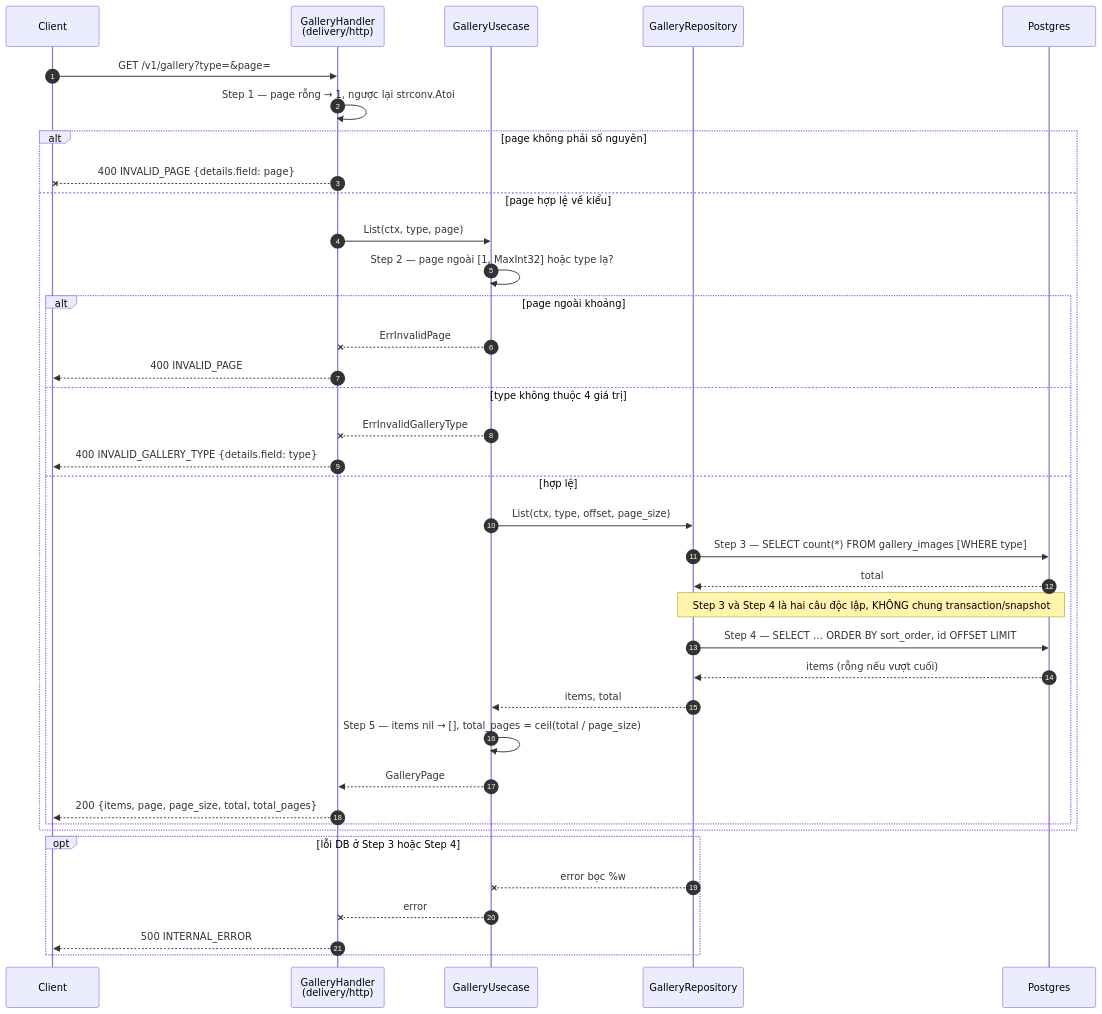
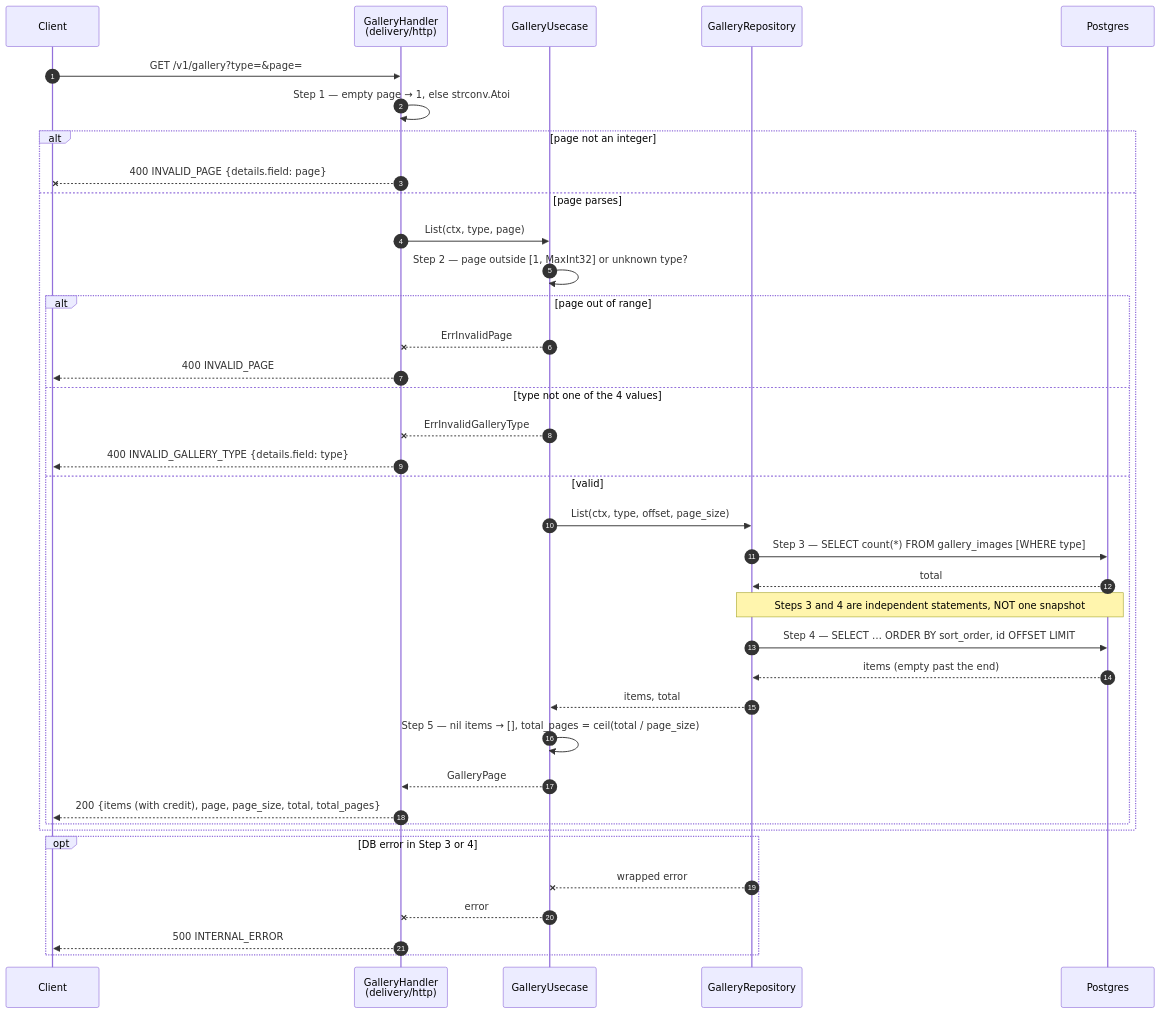
One commit to chjpcojit/innerlamp-be changed the second of 3 diagrams in docs/specs/features/gallery/flow.md. Above: the diagram before and after it, drawn with Mermaid. The commit also changed other lines of this file and 5 other files, not shown here.

````diff
--- a/docs/specs/features/gallery/flow.md
+++ b/docs/specs/features/gallery/flow.md
@@ -14,41 +43,41 @@
 ```mermaid
 sequenceDiagram
     autonumber
     participant C as Client
     participant H as GalleryHandler<br/>(delivery/http)
     participant U as GalleryUsecase
     participant R as GalleryRepository
     participant DB as Postgres
 
     C->>H: GET /v1/gallery?type=&page=
-    H->>H: Step 1 — page rỗng → 1, ngược lại strconv.Atoi
-    alt page không phải số nguyên
+    H->>H: Step 1 — empty page → 1, else strconv.Atoi
+    alt page not an integer
         H--xC: 400 INVALID_PAGE {details.field: page}
-    else page hợp lệ về kiểu
+    else page parses
         H->>U: List(ctx, type, page)
-        U->>U: Step 2 — page ngoài [1, MaxInt32] hoặc type lạ?
-        alt page ngoài khoảng
+        U->>U: Step 2 — page outside [1, MaxInt32] or unknown type?
+        alt page out of range
             U--xH: ErrInvalidPage
             H-->>C: 400 INVALID_PAGE
-        else type không thuộc 4 giá trị
+        else type not one of the 4 values
             U--xH: ErrInvalidGalleryType
             H-->>C: 400 INVALID_GALLERY_TYPE {details.field: type}
-        else hợp lệ
+        else valid
             U->>R: List(ctx, type, offset, page_size)
             R->>DB: Step 3 — SELECT count(*) FROM gallery_images [WHERE type]
             DB-->>R: total
-            Note over R,DB: Step 3 và Step 4 là hai câu độc lập, KHÔNG chung transaction/snapshot
+            Note over R,DB: Steps 3 and 4 are independent statements, NOT one snapshot
             R->>DB: Step 4 — SELECT … ORDER BY sort_order, id OFFSET LIMIT
-            DB-->>R: items (rỗng nếu vượt cuối)
+            DB-->>R: items (empty past the end)
             R-->>U: items, total
-            U->>U: Step 5 — items nil → [], total_pages = ceil(total / page_size)
+            U->>U: Step 5 — nil items → [], total_pages = ceil(total / page_size)
             U-->>H: GalleryPage
-            H-->>C: 200 {items, page, page_size, total, total_pages}
+            H-->>C: 200 {items (with credit), page, page_size, total, total_pages}
         end
     end
-    opt lỗi DB ở Step 3 hoặc Step 4
-        R--xU: error bọc %w
+    opt DB error in Step 3 or 4
+        R--xU: wrapped error
         U--xH: error
         H-->>C: 500 INTERNAL_ERROR
     end
 ```
````
